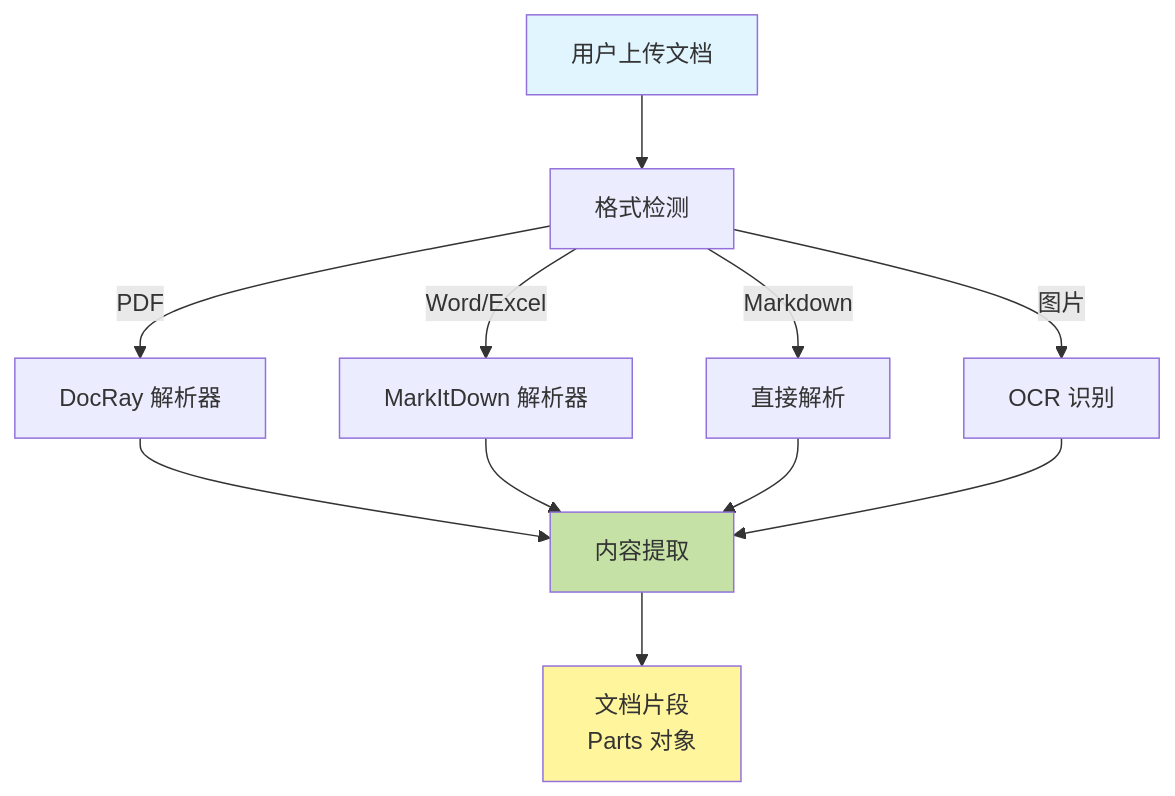
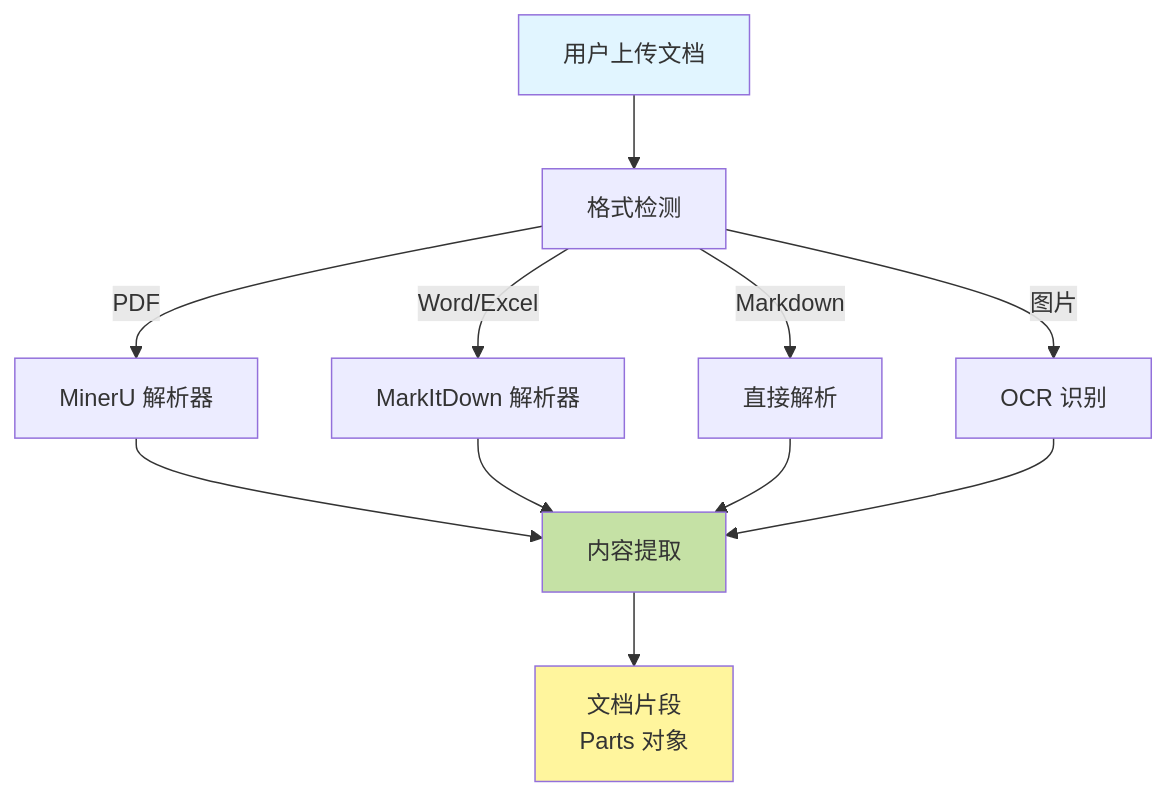
Before and after one commit to apecloud/ApeRAG: the third of 13 diagrams in web/docs/zh-CN/design/architecture.md, drawn with Mermaid. The commit also changed other lines of this file and 38 other files, not shown here.

````diff
--- a/web/docs/zh-CN/design/architecture.md
+++ b/web/docs/zh-CN/design/architecture.md
@@ -163,20 +163,20 @@
 ```mermaid
 flowchart TD
     Upload[用户上传文档] --> Detect[格式检测]
     
-    Detect --> |PDF| DocRay[DocRay 解析器]
+    Detect --> |PDF| MinerU[MinerU 解析器]
     Detect --> |Word/Excel| MarkItDown[MarkItDown 解析器]
     Detect --> |Markdown| DirectParse[直接解析]
     Detect --> |图片| OCR[OCR 识别]
     
-    DocRay --> Extract[内容提取]
+    MinerU --> Extract[内容提取]
     MarkItDown --> Extract
     DirectParse --> Extract
     OCR --> Extract
     
     Extract --> Parts[文档片段<br/>Parts 对象]
     
     style Upload fill:#e1f5ff
     style Extract fill:#c5e1a5
     style Parts fill:#fff59d
 ```
````
